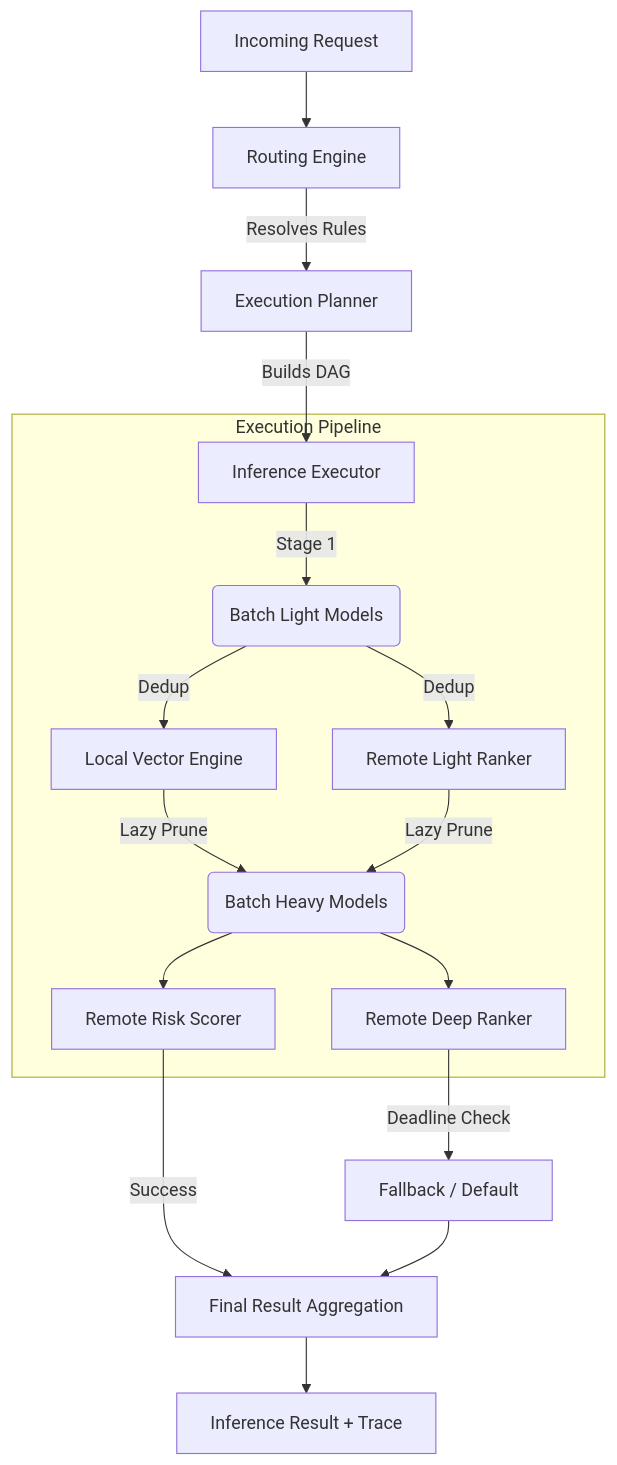
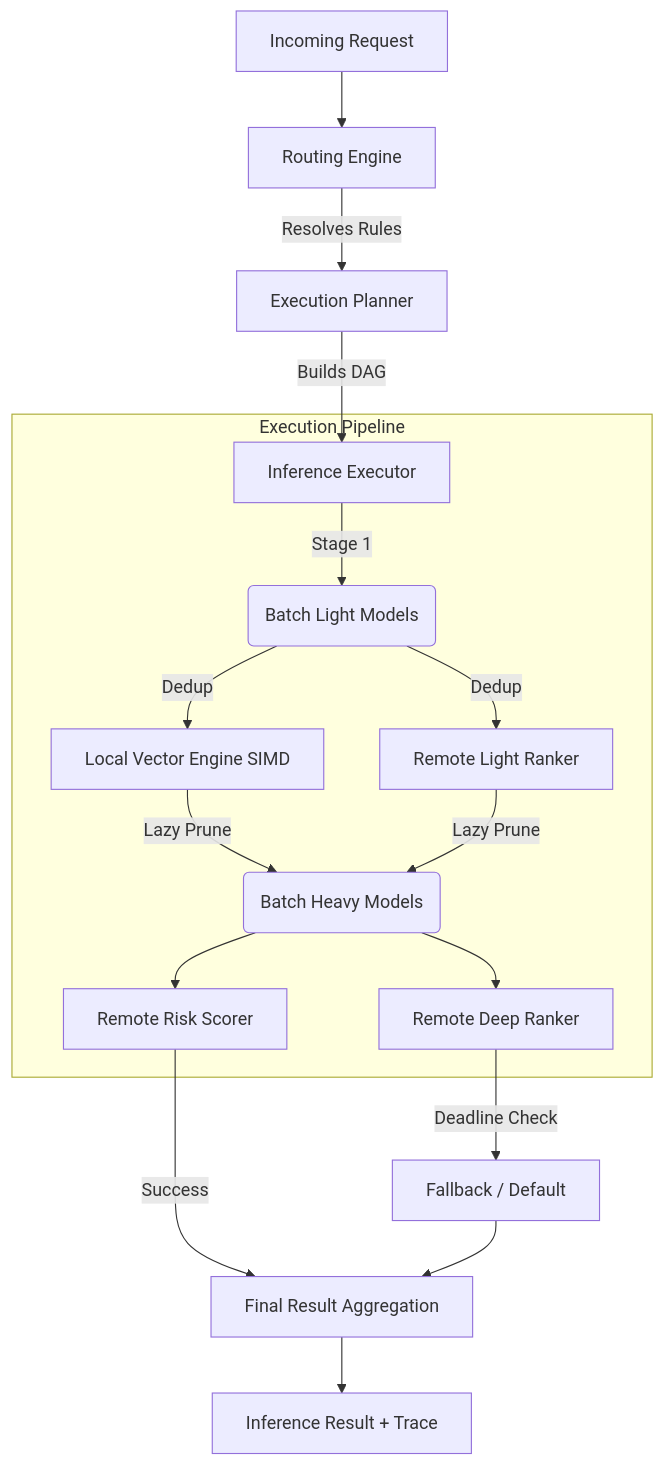
One commit to shivam61/ml-inference-routing-sdk changed the diagram in README.md. Above: the diagram before and after it, drawn with Mermaid. The commit also changed other lines of this file, not shown here.

````diff
--- a/README.md
+++ b/README.md
@@ -25,23 +53,23 @@
 ```mermaid
 graph TD
     A[Incoming Request] --> B[Routing Engine]
     B -->|Resolves Rules| C[Execution Planner]
     C -->|Builds DAG| D[Inference Executor]
     
     subgraph Execution Pipeline
         D -->|Stage 1| E(Batch Light Models)
-        E -->|Dedup| F[Local Vector Engine]
+        E -->|Dedup| F[Local Vector Engine SIMD]
         E -->|Dedup| G[Remote Light Ranker]
         
         F -->|Lazy Prune| H(Batch Heavy Models)
         G -->|Lazy Prune| H
         
         H --> I[Remote Deep Ranker]
         H --> J[Remote Risk Scorer]
     end
     
     I -->|Deadline Check| K[Fallback / Default]
     J -->|Success| L[Final Result Aggregation]
     K --> L
     L --> M[Inference Result + Trace]
 ```
````
